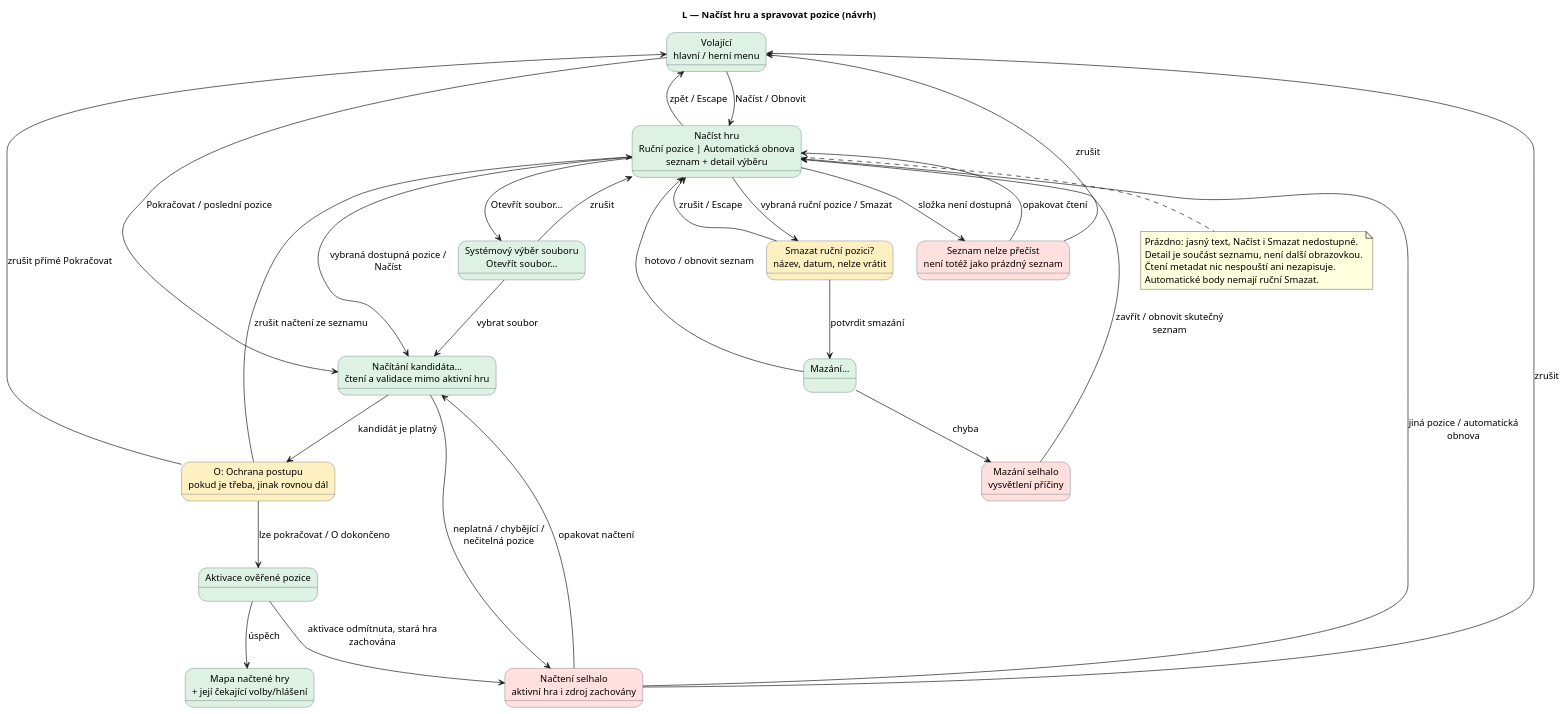
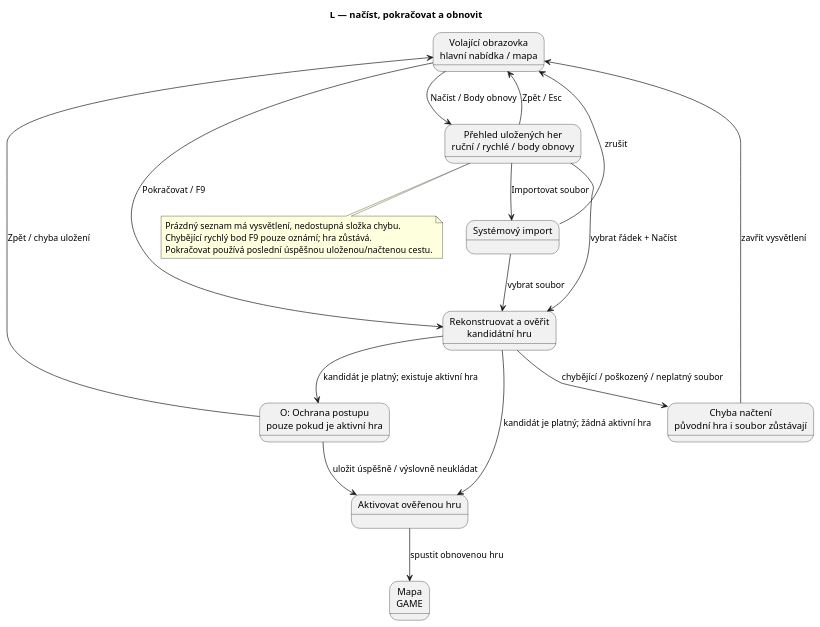
The diagram in docs/diagrams/save-load/load.puml (jajir/microcol), drawn with PlantUML before and after one commit. The commit also changed 56 other files, not shown here.

Commit message:
Add unified saved-game browser and in-game session menu

```diff
--- a/docs/diagrams/save-load/load.puml
+++ b/docs/diagrams/save-load/load.puml
@@ -1,56 +1,32 @@
 @startuml
-title L — Načíst hru a spravovat pozice (návrh)
+title L — načíst, pokračovat a obnovit
 skinparam shadowing false
 skinparam defaultFontName SansSerif
-skinparam defaultFontSize 14
-skinparam state {
-  BackgroundColor #DDF2E3
-  BorderColor #475569
-  BackgroundColor<<potvrzeni>> #FFF0C2
-  BackgroundColor<<chyba>> #FFE0DF
-}
-state "Volající\nhlavní / herní menu" as Caller
-state "Načíst hru\nRuční pozice | Automatická obnova\nseznam + detail výběru" as List
-state "Systémový výběr souboru\nOtevřít soubor…" as Picker
-state "Načítání kandidáta…\nčtení a validace mimo aktivní hru" as Reading
-state "Načtení selhalo\naktivní hra i zdroj zachovány" as LoadError <<chyba>>
-state "O: Ochrana postupu\npokud je třeba, jinak rovnou dál" as Guard <<potvrzeni>>
-state "Aktivace ověřené pozice" as Activate
-state "Mapa načtené hry\n+ její čekající volby/hlášení" as Game
-state "Smazat ruční pozici?\nnázev, datum, nelze vrátit" as Delete <<potvrzeni>>
-state "Mazání…" as Deleting
-state "Mazání selhalo\nvysvětlení příčiny" as DeleteError <<chyba>>
-state "Seznam nelze přečíst\nnení totéž jako prázdný seznam" as ListError <<chyba>>
-Caller --> List : Načíst / Obnovit
-List --> Caller : zpět / Escape
-Caller --> Reading : Pokračovat / poslední pozice
-List --> Reading : vybraná dostupná pozice /\nNačíst
-List --> Picker : Otevřít soubor…
-Picker --> List : zrušit
-Picker --> Reading : vybrat soubor
-List --> ListError : složka není dostupná
-ListError --> List : opakovat čtení
-ListError --> Caller : zrušit
-Reading --> LoadError : neplatná / chybějící /\nnečitelná pozice
-LoadError --> Reading : opakovat načtení
-LoadError --> List : jiná pozice / automatická\nobnova
-LoadError --> Caller : zrušit
-Reading --> Guard : kandidát je platný
-Guard --> List : zrušit načtení ze seznamu
-Guard --> Caller : zrušit přímé Pokračovat
-Guard --> Activate : lze pokračovat / O dokončeno
-Activate --> Game : úspěch
-Activate --> LoadError : aktivace odmítnuta, stará hra\nzachována
-List --> Delete : vybraná ruční pozice / Smazat
-Delete --> List : zrušit / Escape
-Delete --> Deleting : potvrdit smazání
-Deleting --> List : hotovo / obnovit seznam
-Deleting --> DeleteError : chyba
-DeleteError --> List : zavřít / obnovit skutečný\nseznam
+state "Volající obrazovka\nhlavní nabídka / mapa" as Caller
+state "Přehled uložených her\nruční / rychlé / body obnovy" as List
+state "Systémový import" as Import
+state "Rekonstruovat a ověřit\nkandidátní hru" as Validate
+state "Chyba načtení\npůvodní hra i soubor zůstávají" as Error
+state "O: Ochrana postupu\npouze pokud je aktivní hra" as Guard
+state "Aktivovat ověřenou hru" as Activate
+state "Mapa\nGAME" as Game
+Caller --> List : Načíst / Body obnovy
+List --> Caller : Zpět / Esc
+List --> Import : Importovat soubor
+Import --> Caller : zrušit
+Import --> Validate : vybrat soubor
+List --> Validate : vybrat řádek + Načíst
+Caller --> Validate : Pokračovat / F9
+Validate --> Error : chybějící / poškozený / neplatný soubor
+Error --> Caller : zavřít vysvětlení
+Validate --> Guard : kandidát je platný; existuje aktivní hra
+Validate --> Activate : kandidát je platný; žádná aktivní hra
+Guard --> Caller : Zpět / chyba uložení
+Guard --> Activate : uložit úspěšně / výslovně neukládat
+Activate --> Game : spustit obnovenou hru
 note bottom of List
-  Prázdno: jasný text, Načíst i Smazat nedostupné.
-  Detail je součást seznamu, není další obrazovkou.
-  Čtení metadat nic nespouští ani nezapisuje.
-  Automatické body nemají ruční Smazat.
+Prázdný seznam má vysvětlení, nedostupná složka chybu.
+Chybějící rychlý bod F9 pouze oznámí; hra zůstává.
+Pokračovat používá poslední úspěšnou uloženou/načtenou cestu.
 end note
 @enduml
```
